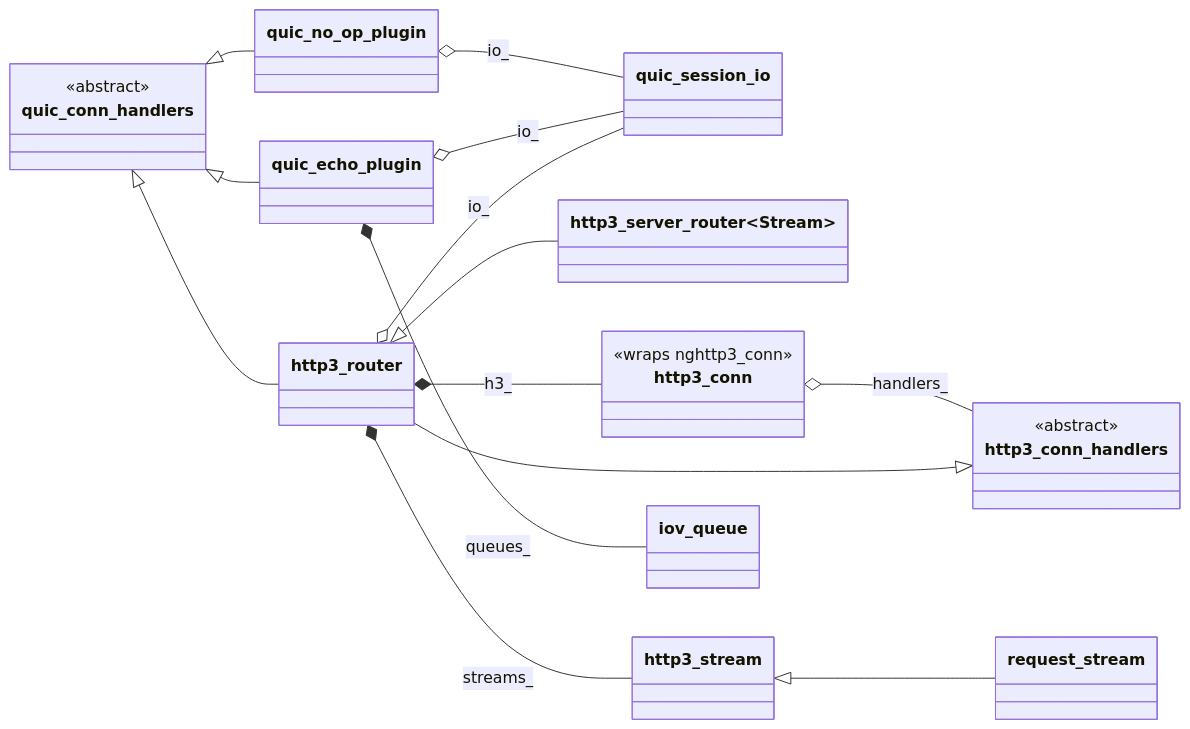
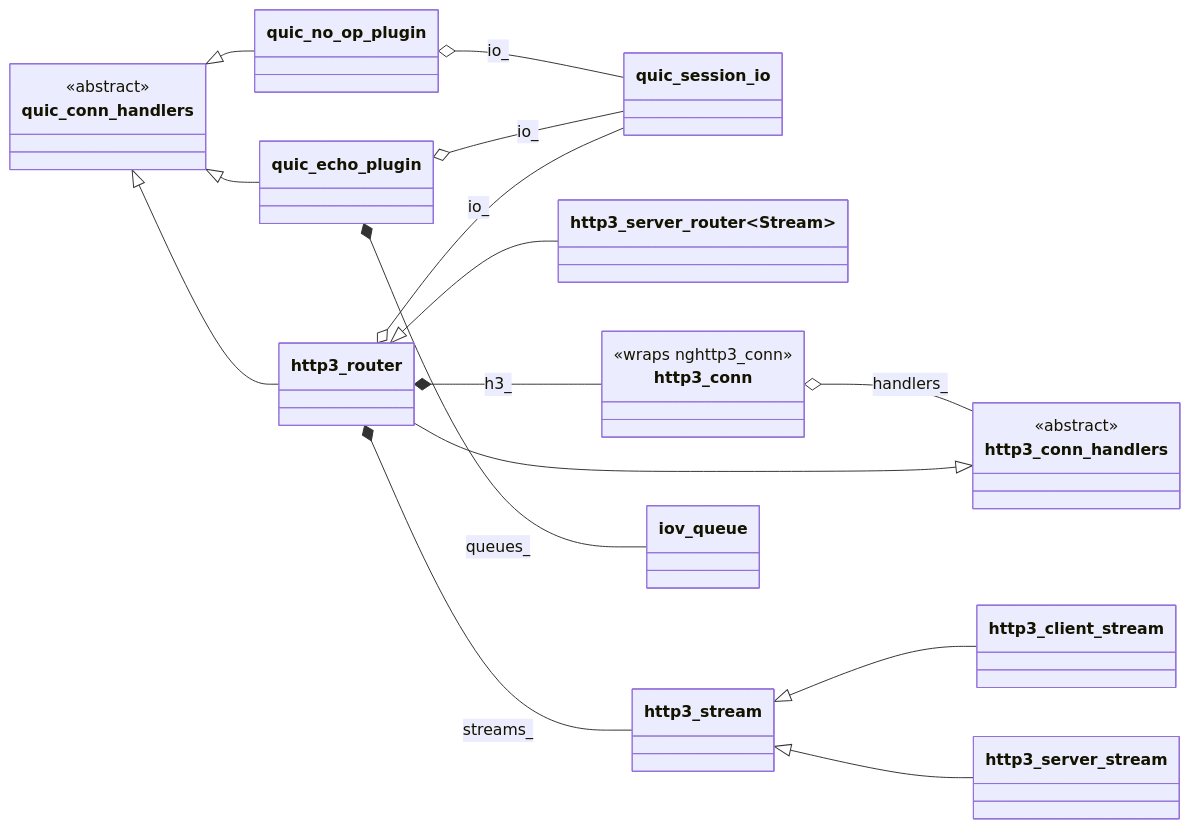
Before and after one commit to stevensudit/Corvid: the second of 3 diagrams in corvid/proto/quic/classes.md, drawn with Mermaid. The commit also changed other lines of this file and 19 other files, not shown here.

````diff
--- a/corvid/proto/quic/classes.md
+++ b/corvid/proto/quic/classes.md
@@ -96,37 +96,39 @@
 ```mermaid
 classDiagram
     direction LR
 
     class quic_conn_handlers {
         <<abstract>>
     }
     class http3_conn_handlers {
         <<abstract>>
     }
     class quic_session_io
     class quic_no_op_plugin
     class quic_echo_plugin
     class http3_router
     class http3_server_router~Stream~
     class http3_stream
-    class request_stream
+    class http3_client_stream
+    class http3_server_stream
     class http3_conn {
         <<wraps nghttp3_conn>>
     }
     class iov_queue
 
     quic_conn_handlers <|-- quic_no_op_plugin
     quic_conn_handlers <|-- quic_echo_plugin
     quic_conn_handlers <|-- http3_router
     http3_conn_handlers <|-- http3_router
     http3_router <|-- http3_server_router~Stream~
-    http3_stream <|-- request_stream
+    http3_stream <|-- http3_client_stream
+    http3_stream <|-- http3_server_stream
 
     http3_router *-- http3_conn : h3_
     http3_router *-- http3_stream : streams_
     http3_conn o-- http3_conn_handlers : handlers_
     quic_echo_plugin *-- iov_queue : queues_
     quic_no_op_plugin o-- quic_session_io : io_
     quic_echo_plugin o-- quic_session_io : io_
     http3_router o-- quic_session_io : io_
 ```
````
